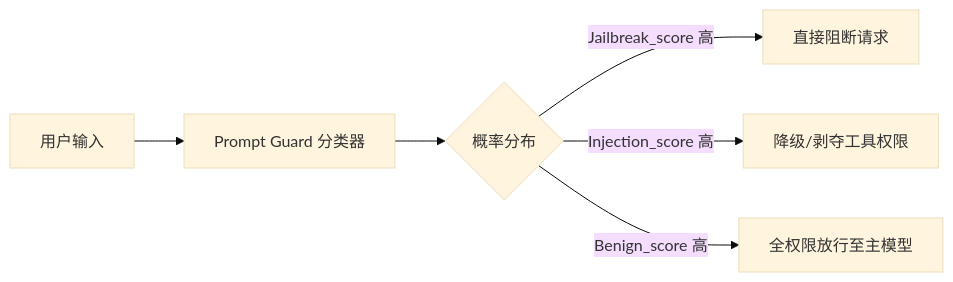
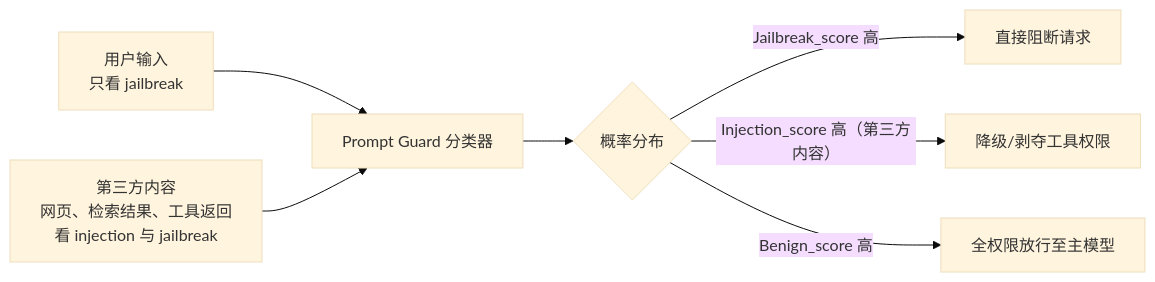
One commit to yeasy/ai_security_guide changed the second of 5 diagrams in 04_prompt_injection/4.5_injection_defense.md. Above: the diagram before and after it, drawn with Mermaid (base theme). The commit also changed other lines of this file and 54 other files, not shown here.

````diff
--- a/04_prompt_injection/4.5_injection_defense.md
+++ b/04_prompt_injection/4.5_injection_defense.md
@@ -186,8 +208,9 @@
 ```mermaid
 flowchart LR
-    A["用户输入"] --> B["Prompt Guard 分类器"]
+    A["用户输入<br/>只看 jailbreak"] --> B["Prompt Guard 分类器"]
+    T["第三方内容<br/>网页、检索结果、工具返回<br/>看 injection 与 jailbreak"] --> B
     B --> C{"概率分布"}
     C -->|Jailbreak_score 高| D["直接阻断请求"]
-    C -->|Injection_score 高| E["降级/剥夺工具权限"]
+    C -->|"Injection_score 高（第三方内容）"| E["降级/剥夺工具权限"]
     C -->|Benign_score 高| F["全权限放行至主模型"]
 ```
````
